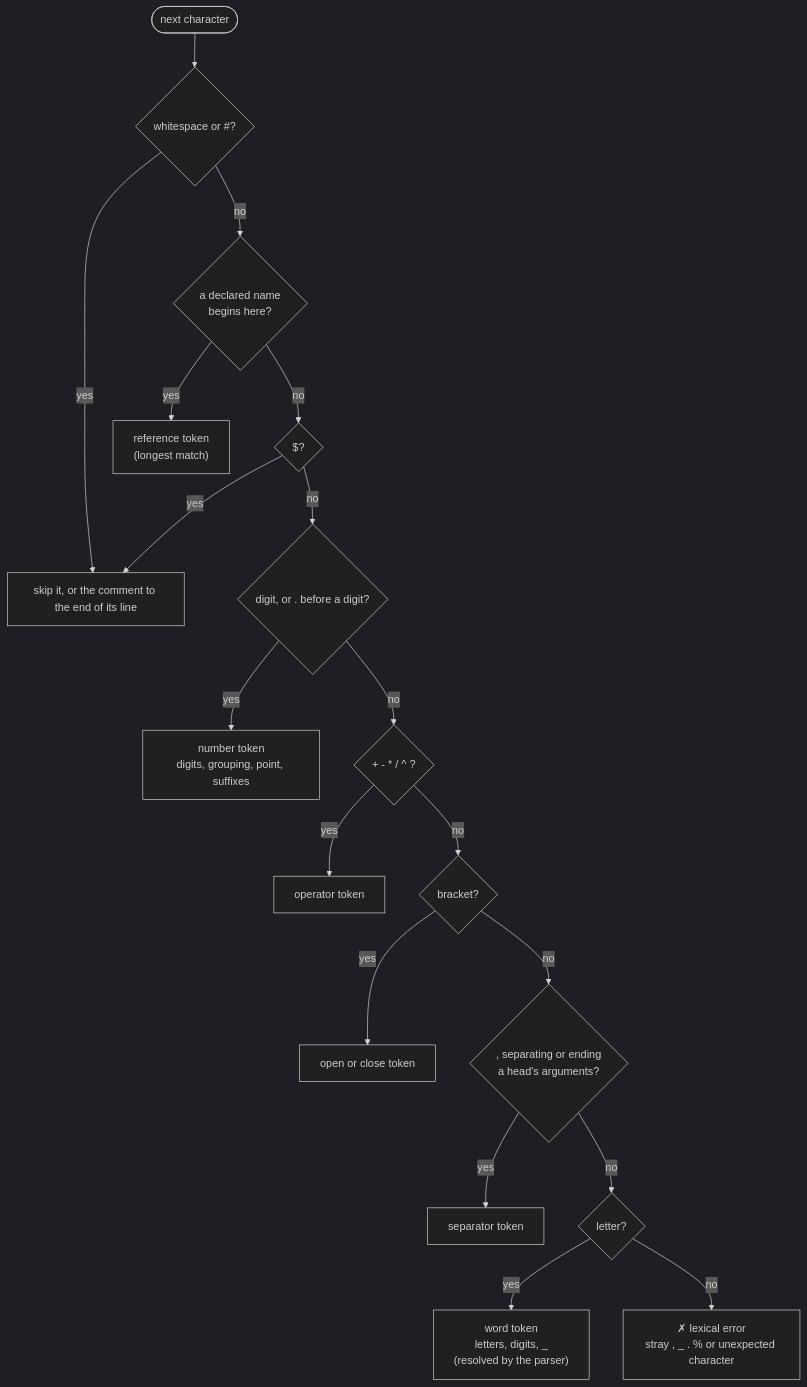
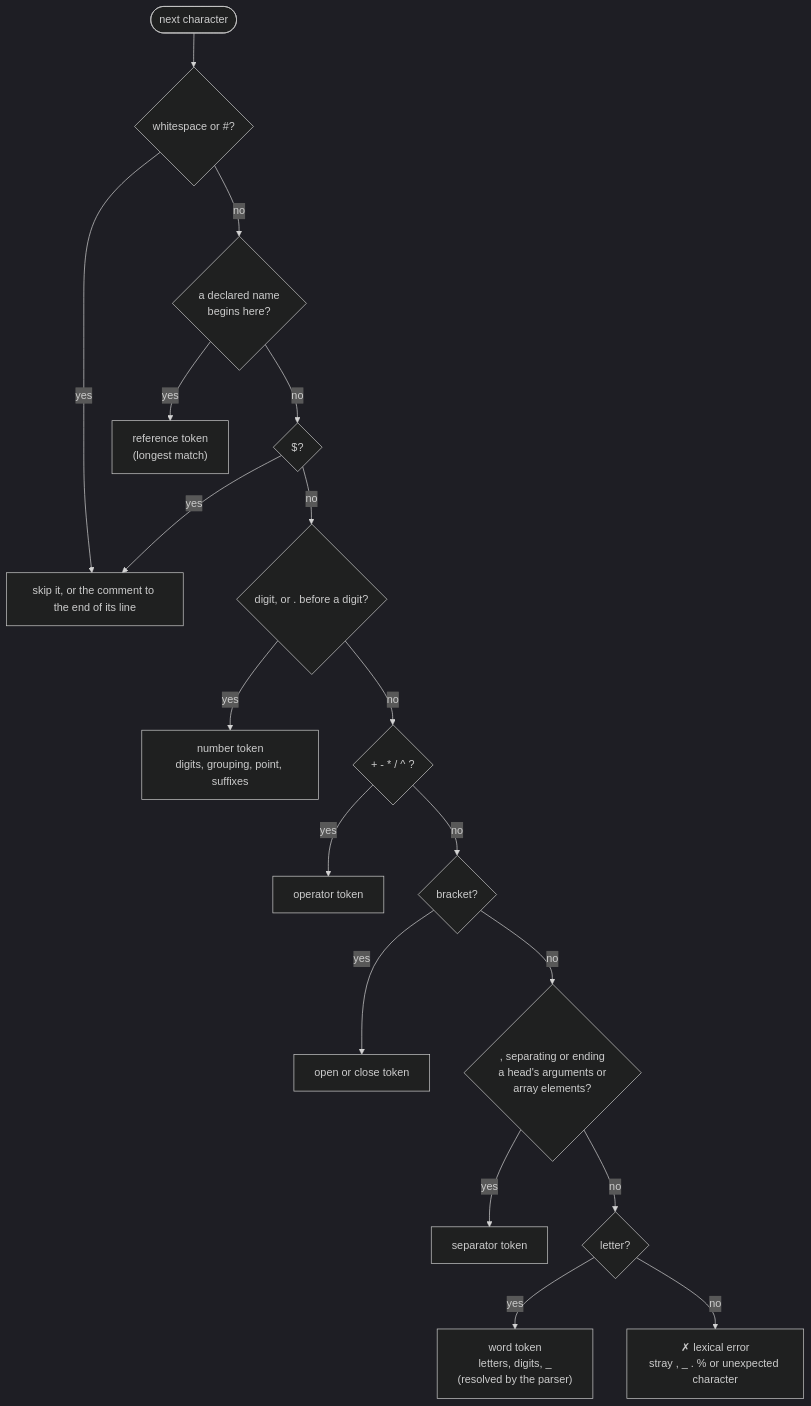
Before and after one commit to awpala/financial-calculators: the second of 8 diagrams in src/lib/calculator/README.md, drawn with Mermaid (dark theme). The commit also changed other lines of this file and 22 other files, not shown here.

````diff
--- a/src/lib/calculator/README.md
+++ b/src/lib/calculator/README.md
@@ -470,20 +511,20 @@
 ```mermaid
 flowchart TD
     START(["next character"]) --> SKIP{"whitespace or #35;?"}
     SKIP -- yes --> PASS["skip it, or the comment to the end of its line"]
     SKIP -- no --> NAME{"a declared name<br/>begins here?"}
     NAME -- yes --> TNAME["reference token<br/>(longest match)"]
     NAME -- no --> DOLLAR{"#36;?"}
     DOLLAR -- yes --> PASS
     DOLLAR -- no --> DIGIT{"digit, or . before a digit?"}
     DIGIT -- yes --> TNUM["number token<br/>digits, grouping, point, suffixes"]
     DIGIT -- no --> OP{"+ - * / ^ ?"}
     OP -- yes --> TOP["operator token"]
     OP -- no --> BR{"bracket?"}
     BR -- yes --> TBR["open or close token"]
-    BR -- no --> SEP{", separating or ending<br/>a head's arguments?"}
+    BR -- no --> SEP{", separating or ending<br/>a head's arguments or<br/>array elements?"}
     SEP -- yes --> TSEP["separator token"]
     SEP -- no --> LETTER{"letter?"}
     LETTER -- yes --> TWORD["word token<br/>letters, digits, _<br/>(resolved by the parser)"]
     LETTER -- no --> ERR["✗ lexical error<br/>stray , _ . #37; or unexpected character"]
 ```
````
